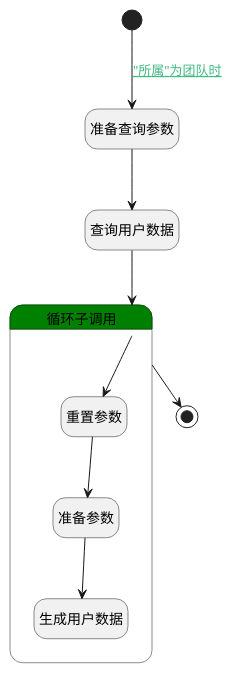
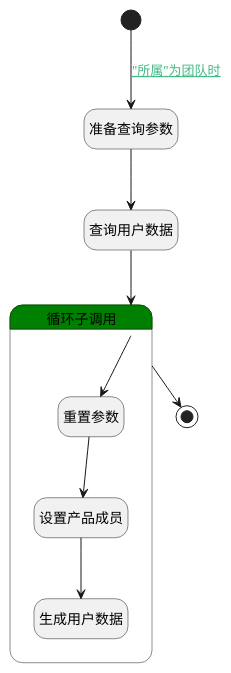
One commit to iBizLab/plm changed the diagram in doc/docsify/module/ProdMgmt/product/logic/auto_create_members.md. Above: the diagram before and after it, drawn with PlantUML. The commit also changed other lines of this file and 1778 other files, not shown here.

````diff
--- a/doc/docsify/module/ProdMgmt/product/logic/auto_create_members.md
+++ b/doc/docsify/module/ProdMgmt/product/logic/auto_create_members.md
@@ -7,32 +7,32 @@
 ```plantuml
 @startuml
 hide empty description
 <style>
 root {
   HyperlinkColor #42b983
 }
 </style>
 
 hide empty description
 state "开始" as Begin <<start>> [[$./auto_create_members#begin {"开始"}]]
 state "准备查询参数" as PREPAREPARAM2  [[$./auto_create_members#prepareparam2 {"准备查询参数"}]]
 state "查询用户数据" as DEDATASET1  [[$./auto_create_members#dedataset1 {"查询用户数据"}]]
 state "结束" as END1 <<end>> [[$./auto_create_members#end1 {"结束"}]]
 state "循环子调用" as LOOPSUBCALL1  [[$./auto_create_members#loopsubcall1 {"循环子调用"}]] #green {
 state "重置参数" as RESETPARAM1  [[$./auto_create_members#resetparam1 {"重置参数"}]]
-state "准备参数" as PREPAREPARAM4  [[$./auto_create_members#prepareparam4 {"准备参数"}]]
+state "设置产品成员" as PREPAREPARAM4  [[$./auto_create_members#prepareparam4 {"设置产品成员"}]]
 state "生成用户数据" as DEACTION3  [[$./auto_create_members#deaction3 {"生成用户数据"}]]
 }
 
 
 Begin --> PREPAREPARAM2 : [[$./auto_create_members#begin-prepareparam2{"所属"为团队时} "所属"为团队时]]
 PREPAREPARAM2 --> DEDATASET1
 DEDATASET1 --> LOOPSUBCALL1
 LOOPSUBCALL1 --> RESETPARAM1
 RESETPARAM1 --> PREPAREPARAM4
 PREPAREPARAM4 --> DEACTION3
 LOOPSUBCALL1 --> END1
 
 
 @enduml
 ```
````
